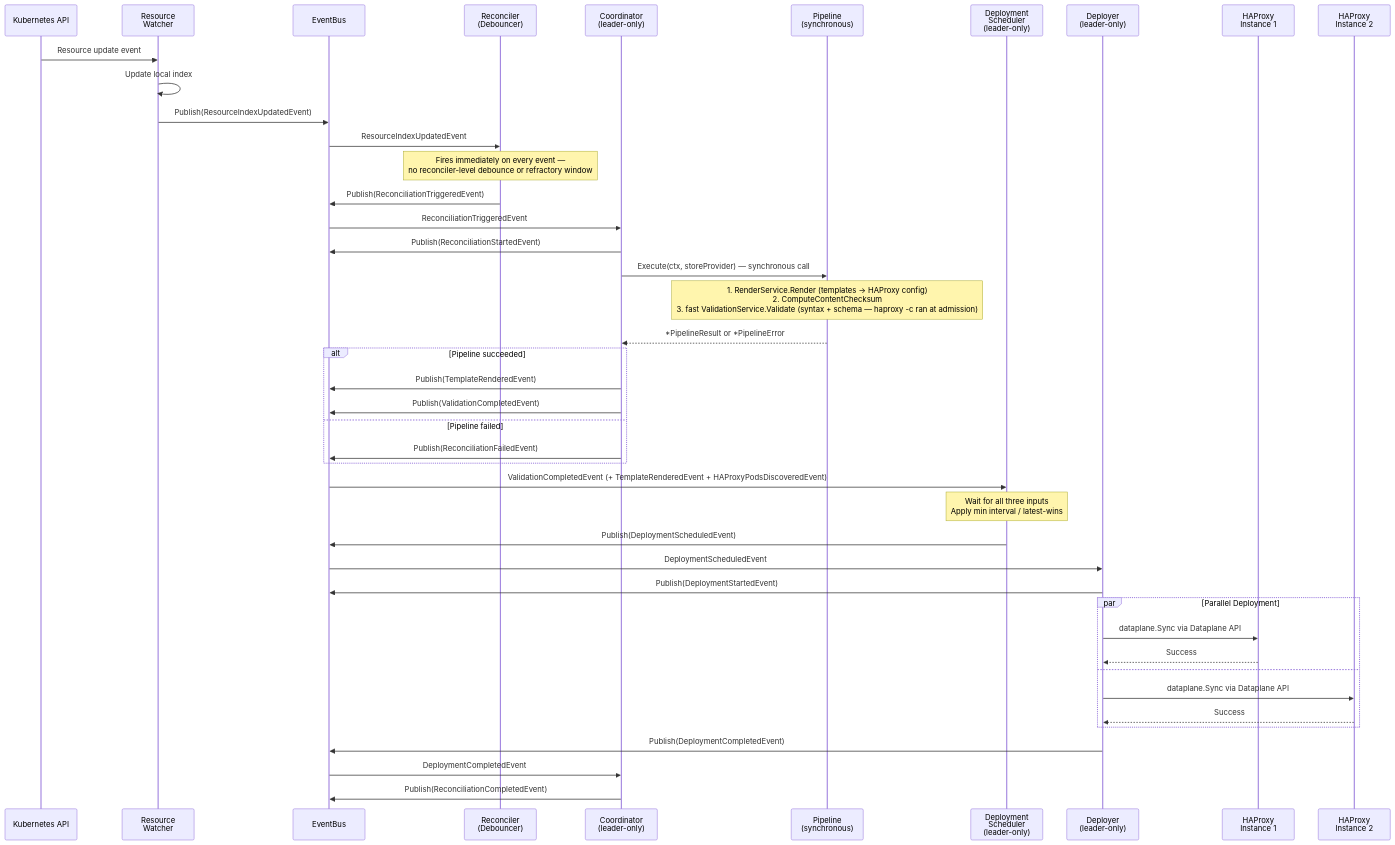
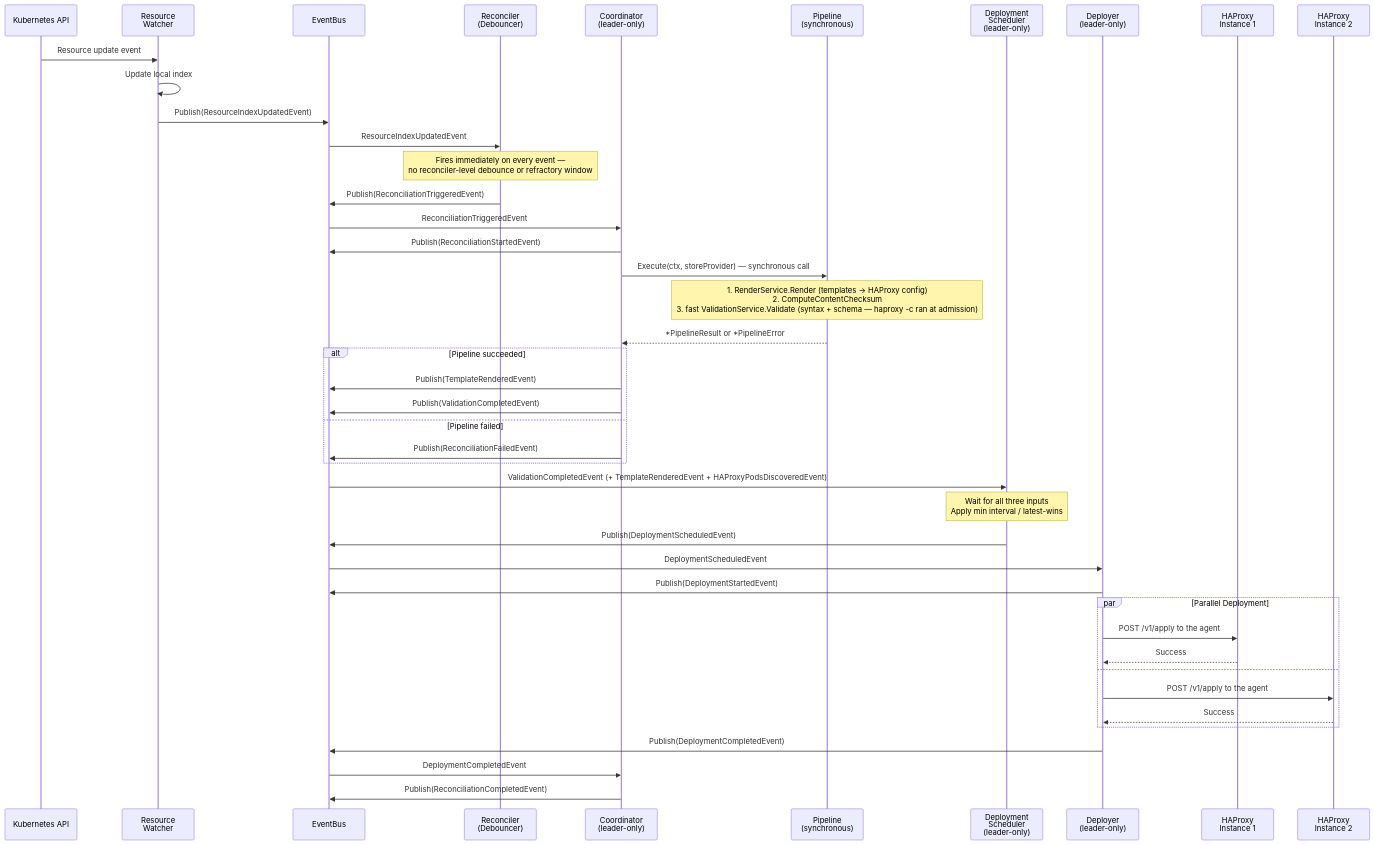
Before and after one commit to HAProxy-Template-IC/haproxy-template-ingress-controller: the second of 4 diagrams in docs/site/docs/development/design/sequence-diagrams.md, drawn with Mermaid. The commit also changed other lines of this file and 285 other files, not shown here.

Commit message:
Cut the controller and the chart over to the HAPTIC agent (MR 0.3a)

````diff
--- a/docs/site/docs/development/design/sequence-diagrams.md
+++ b/docs/site/docs/development/design/sequence-diagrams.md
@@ -80,55 +80,55 @@
 ```mermaid
 sequenceDiagram
     participant K8S as Kubernetes API
     participant ResourceWatcher as Resource<br/>Watcher
     participant EventBus
     participant Reconciler as Reconciler<br/>(Debouncer)
     participant Coordinator as Coordinator<br/>(leader-only)
     participant Pipeline as Pipeline<br/>(synchronous)
     participant Scheduler as Deployment<br/>Scheduler<br/>(leader-only)
     participant Deployer as Deployer<br/>(leader-only)
     participant HAProxy1 as HAProxy<br/>Instance 1
     participant HAProxy2 as HAProxy<br/>Instance 2
 
     K8S->>ResourceWatcher: Resource update event
     ResourceWatcher->>ResourceWatcher: Update local index
     ResourceWatcher->>EventBus: Publish(ResourceIndexUpdatedEvent)
 
     EventBus->>Reconciler: ResourceIndexUpdatedEvent
     Note over Reconciler: Fires immediately on every event —<br/>no reconciler-level debounce or refractory window
 
     Reconciler->>EventBus: Publish(ReconciliationTriggeredEvent)
 
     EventBus->>Coordinator: ReconciliationTriggeredEvent
     Coordinator->>EventBus: Publish(ReconciliationStartedEvent)
 
     Coordinator->>Pipeline: Execute(ctx, storeProvider) — synchronous call
     Note over Pipeline: 1. RenderService.Render (templates → HAProxy config)<br/>2. ComputeContentChecksum<br/>3. fast ValidationService.Validate (syntax + schema — haproxy -c ran at admission)
     Pipeline-->>Coordinator: *PipelineResult or *PipelineError
 
     alt Pipeline succeeded
         Coordinator->>EventBus: Publish(TemplateRenderedEvent)
         Coordinator->>EventBus: Publish(ValidationCompletedEvent)
     else Pipeline failed
         Coordinator->>EventBus: Publish(ReconciliationFailedEvent)
     end
 
     EventBus->>Scheduler: ValidationCompletedEvent (+ TemplateRenderedEvent + HAProxyPodsDiscoveredEvent)
     Note over Scheduler: Wait for all three inputs<br/>Apply min interval / latest-wins
     Scheduler->>EventBus: Publish(DeploymentScheduledEvent)
 
     EventBus->>Deployer: DeploymentScheduledEvent
     Deployer->>EventBus: Publish(DeploymentStartedEvent)
 
     par Parallel Deployment
-        Deployer->>HAProxy1: dataplane.Sync via Dataplane API
+        Deployer->>HAProxy1: POST /v1/apply to the agent
         HAProxy1-->>Deployer: Success
     and
-        Deployer->>HAProxy2: dataplane.Sync via Dataplane API
+        Deployer->>HAProxy2: POST /v1/apply to the agent
         HAProxy2-->>Deployer: Success
     end
 
     Deployer->>EventBus: Publish(DeploymentCompletedEvent)
     EventBus->>Coordinator: DeploymentCompletedEvent
     Coordinator->>EventBus: Publish(ReconciliationCompletedEvent)
 ```
````
